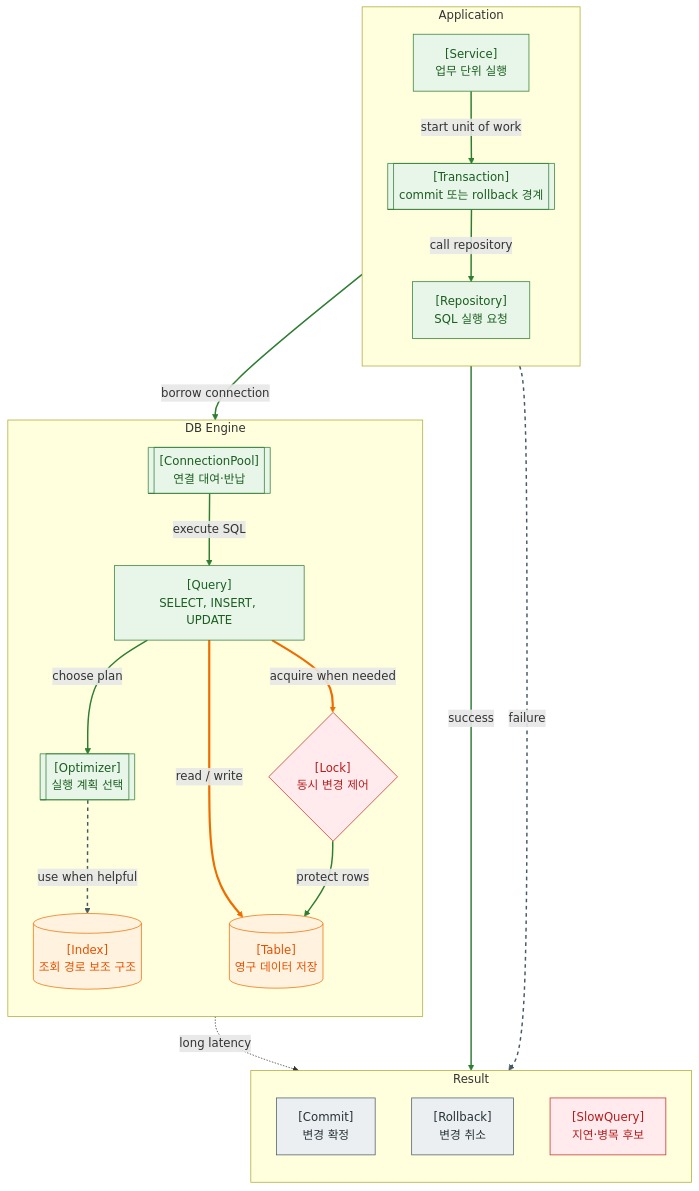
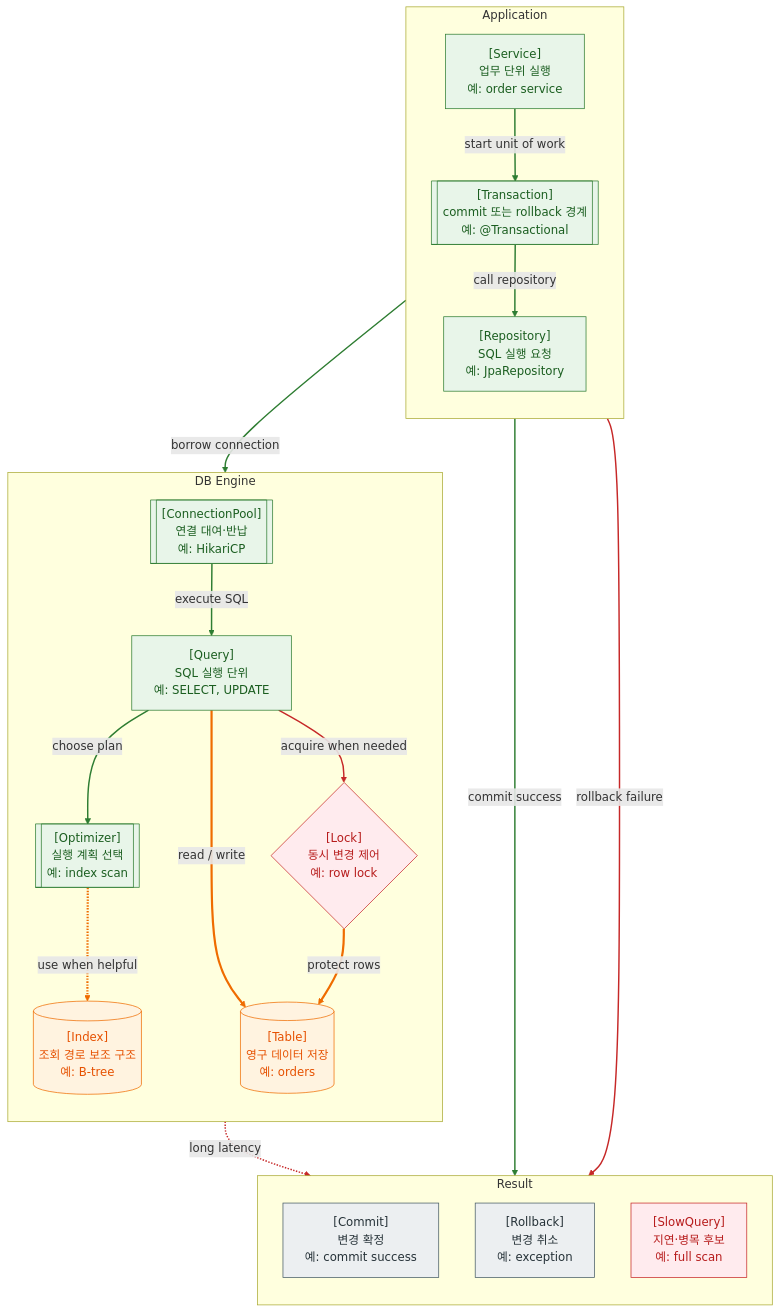
One commit to thisis-joe/thisis-joe.github.io changed the diagram in content/Web-지도/11. DB 트랜잭션, 인덱스, 락 지도.md. Above: the diagram before and after it, drawn with Mermaid. The commit also changed other lines of this file and 595 other files, not shown here.

````diff
--- a/content/Web-지도/11. DB 트랜잭션, 인덱스, 락 지도.md
+++ b/content/Web-지도/11. DB 트랜잭션, 인덱스, 락 지도.md
@@ -14,54 +14,54 @@
 ```mermaid
 flowchart TB
 
 subgraph APP["Application"]
 direction TB
-SERVICE["[Service]<br/>업무 단위 실행"]
-TX[["[Transaction]<br/>commit 또는 rollback 경계"]]
-REPO["[Repository]<br/>SQL 실행 요청"]
+SERVICE["[Service]<br/>업무 단위 실행<br/>예: order service"]
+TX[["[Transaction]<br/>commit 또는 rollback 경계<br/>예: @Transactional"]]
+REPO["[Repository]<br/>SQL 실행 요청<br/>예: JpaRepository"]
 end
 
 subgraph DB_ENGINE["DB Engine"]
 direction TB
-POOL[["[ConnectionPool]<br/>연결 대여·반납"]]
-QUERY["[Query]<br/>SELECT, INSERT, UPDATE"]
-OPT[["[Optimizer]<br/>실행 계획 선택"]]
-INDEX[("[Index]<br/>조회 경로 보조 구조")]
-LOCK{"[Lock]<br/>동시 변경 제어"}
-TABLE[("[Table]<br/>영구 데이터 저장")]
+POOL[["[ConnectionPool]<br/>연결 대여·반납<br/>예: HikariCP"]]
+QUERY["[Query]<br/>SQL 실행 단위<br/>예: SELECT, UPDATE"]
+OPT[["[Optimizer]<br/>실행 계획 선택<br/>예: index scan"]]
+INDEX[("[Index]<br/>조회 경로 보조 구조<br/>예: B-tree")]
+LOCK{"[Lock]<br/>동시 변경 제어<br/>예: row lock"}
+TABLE[("[Table]<br/>영구 데이터 저장<br/>예: orders")]
 end
 
 subgraph RESULT["Result"]
 direction TB
-COMMIT["[Commit]<br/>변경 확정"]
-ROLLBACK["[Rollback]<br/>변경 취소"]
-SLOW["[SlowQuery]<br/>지연·병목 후보"]
+COMMIT["[Commit]<br/>변경 확정<br/>예: commit success"]
+ROLLBACK["[Rollback]<br/>변경 취소<br/>예: exception"]
+SLOW["[SlowQuery]<br/>지연·병목 후보<br/>예: full scan"]
 end
 
 SERVICE -->|start unit of work| TX
 TX -->|call repository| REPO
 REPO -->|borrow connection| POOL
 POOL -->|execute SQL| QUERY
 QUERY -->|choose plan| OPT
 OPT -.->|use when helpful| INDEX
 QUERY -->|read / write| TABLE
 QUERY -->|acquire when needed| LOCK
 LOCK -->|protect rows| TABLE
-TX -->|success| COMMIT
-TX -->|failure| ROLLBACK
+TX -->|commit success| COMMIT
+TX -->|rollback failure| ROLLBACK
 QUERY -.->|long latency| SLOW
 
 classDef server fill:#E8F5E9,stroke:#2E7D32,color:#1B5E20;
 classDef data fill:#FFF3E0,stroke:#EF6C00,color:#E65100;
 classDef ops fill:#ECEFF1,stroke:#455A64,color:#263238;
 classDef alert fill:#FFEBEE,stroke:#C62828,color:#B71C1C;
 
 class SERVICE,TX,REPO,POOL,QUERY,OPT server;
 class INDEX,TABLE data;
 class COMMIT,ROLLBACK ops;
 class LOCK,SLOW alert;
 
-linkStyle 0,1,2,3,4,6,7,8,9 stroke:#2E7D32,stroke-width:2px;
-linkStyle 5,10 stroke:#455A64,stroke-width:2px,stroke-dasharray:5 5;
-linkStyle 6,7 stroke:#EF6C00,stroke-width:3px;
+linkStyle 0,1,2,3,4,9 stroke:#2E7D32,stroke-width:2px;
+linkStyle 5,6,8 stroke:#EF6C00,stroke-width:3px;
+linkStyle 7,10,11 stroke:#C62828,stroke-width:2px;
 ```
````
